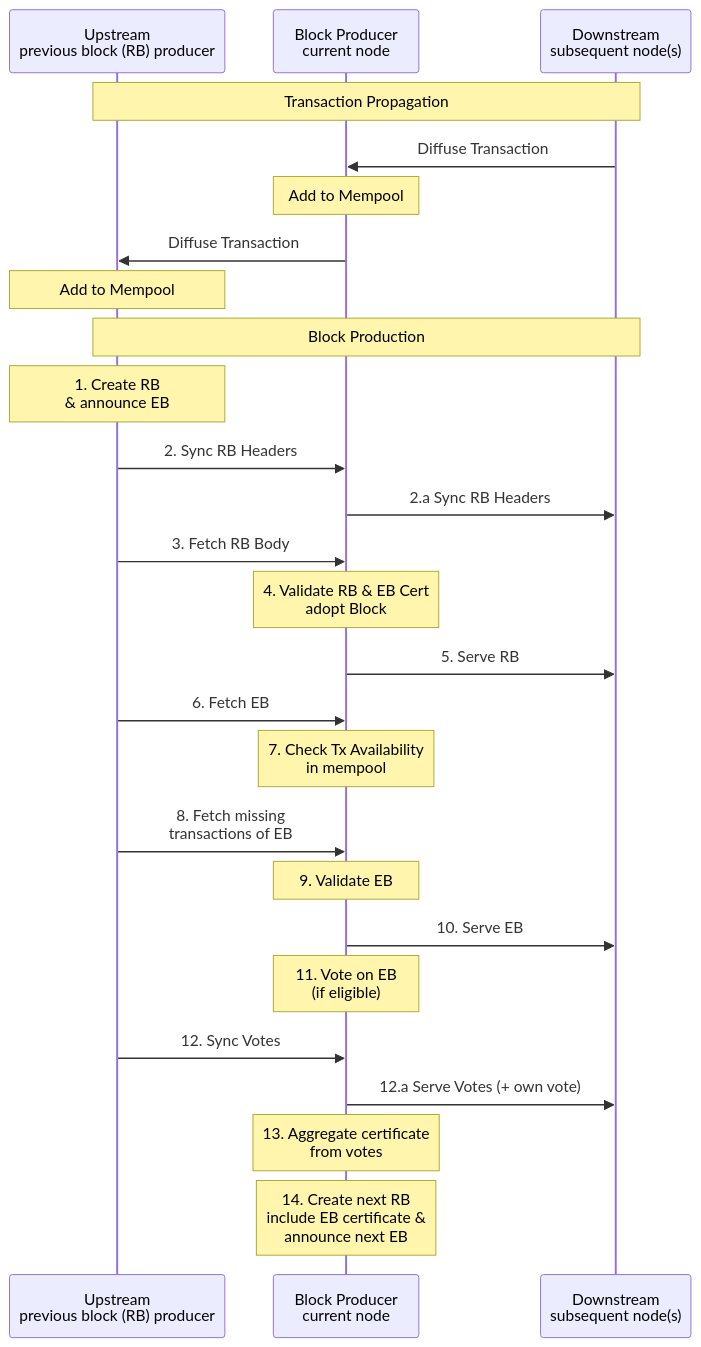
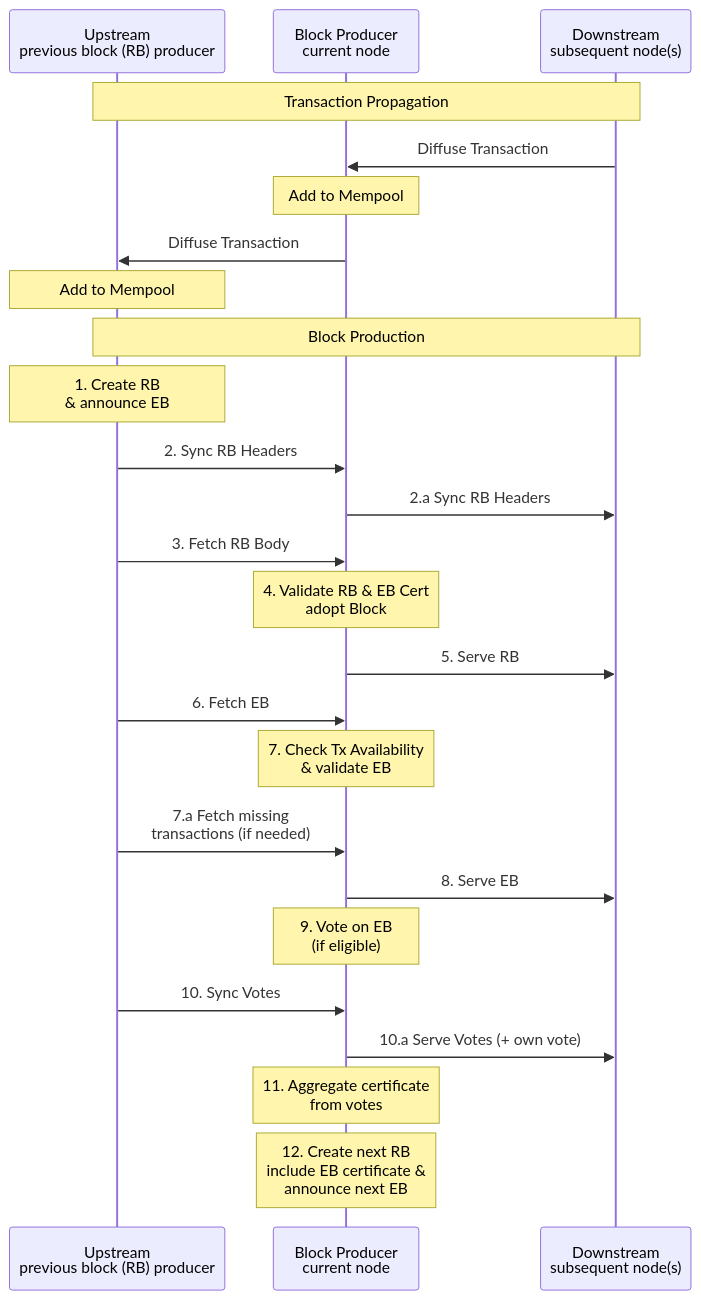
One commit to input-output-hk/ouroboros-leios changed the first of 3 diagrams in docs/cip/README.md. Above: the diagram before and after it, drawn with Mermaid. The commit also changed other lines of this file, not shown here.

````diff
--- a/docs/cip/README.md
+++ b/docs/cip/README.md
@@ -477,36 +477,35 @@
 ```mermaid
 sequenceDiagram
     participant U as Upstream<br/>previous block (RB) producer
     participant BP as Block Producer<br/>current node  
     participant D as Downstream<br/>subsequent node(s)
 
     Note over U,D: Transaction Propagation
     D->>BP: Diffuse Transaction
     Note over BP: Add to Mempool
     BP->>U: Diffuse Transaction
     Note over U: Add to Mempool
 
     Note over U,D: Block Production
 
     Note over U: 1. Create RB<br/>& announce EB
 
     U->>BP: 2. Sync RB Headers
     BP->>D: 2.a Sync RB Headers  
     U->>BP: 3. Fetch RB Body
 
     Note over BP: 4. Validate RB & EB Cert<br/>adopt Block
     BP->>D: 5. Serve RB
     U->>BP: 6. Fetch EB
 
-    Note over BP: 7. Check Tx Availability<br/>in mempool
-    U->>BP: 8. Fetch missing<br />transactions of EB
+    Note over BP: 7. Check Tx Availability<br/>& validate EB
+    U->>BP: 7.a Fetch missing<br />transactions (if needed)
     
-    Note over BP: 9. Validate EB
-    BP->>D: 10. Serve EB
-    Note over BP: 11. Vote on EB<br />(if eligible)
-    U->>BP: 12. Sync Votes
-    BP->>D: 12.a Serve Votes (+ own vote)
+    BP->>D: 8. Serve EB
+    Note over BP: 9. Vote on EB<br />(if eligible)
+    U->>BP: 10. Sync Votes
+    BP->>D: 10.a Serve Votes (+ own vote)
     
-    Note over BP: 13. Aggregate certificate<br/>from votes  
-    Note over BP: 14. Create next RB<br />include EB certificate &<br />announce next EB
+    Note over BP: 11. Aggregate certificate<br/>from votes  
+    Note over BP: 12. Create next RB<br />include EB certificate &<br />announce next EB
 ```
````
